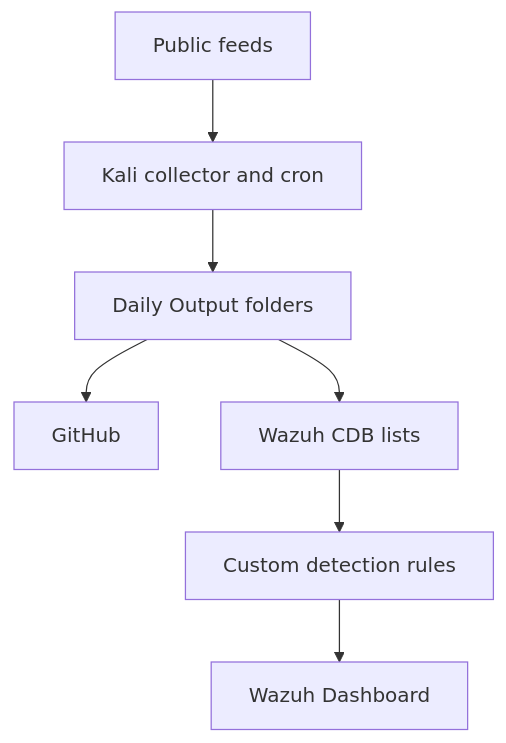
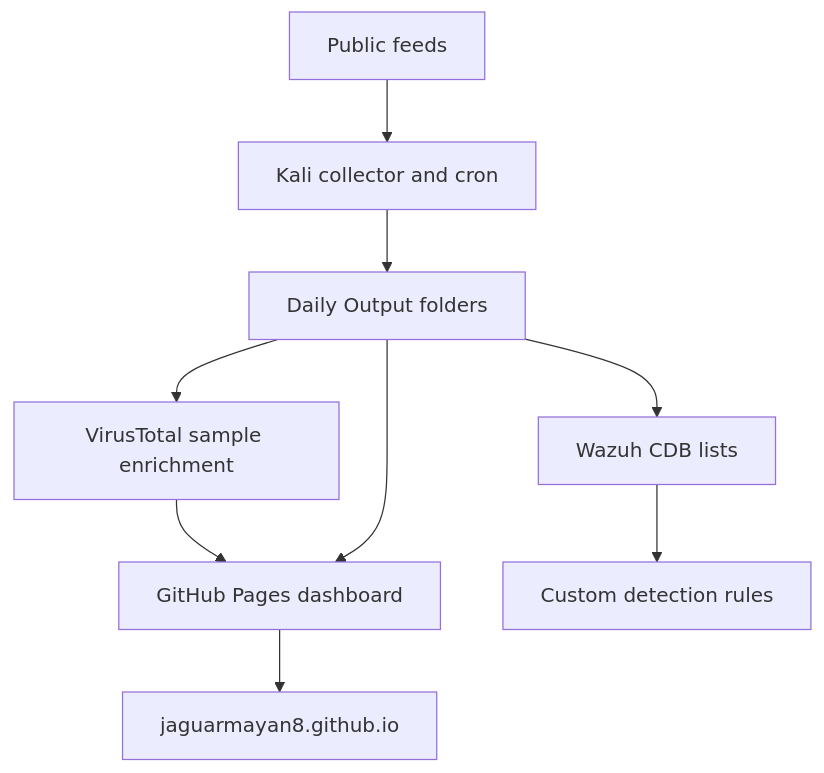
Before and after one commit to jaguarmayan8/TwitterIoCsfeed: the diagram in README.md, drawn with Mermaid.

Commit message:
Update architecture diagram for VT enrichment and dashboard

````diff
--- a/README.md
+++ b/README.md
@@ -27,9 +27,11 @@
 ```mermaid
 flowchart TB
   FEEDS[Public feeds] --> KALI[Kali collector and cron]
   KALI --> OUT[Daily Output folders]
-  OUT --> GH[GitHub]
+  OUT --> VT[VirusTotal sample enrichment]
   OUT --> CDB[Wazuh CDB lists]
+  VT --> PAGE[GitHub Pages dashboard]
+  OUT --> PAGE
   CDB --> RULES[Custom detection rules]
-  RULES --> DASH[Wazuh Dashboard]
+  PAGE --> WEB[jaguarmayan8.github.io]
 ```
````
